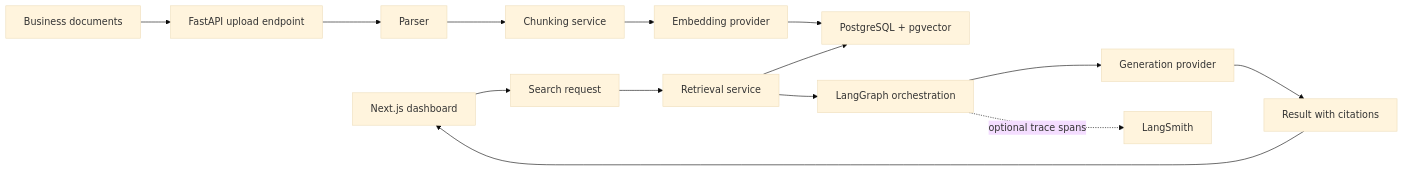
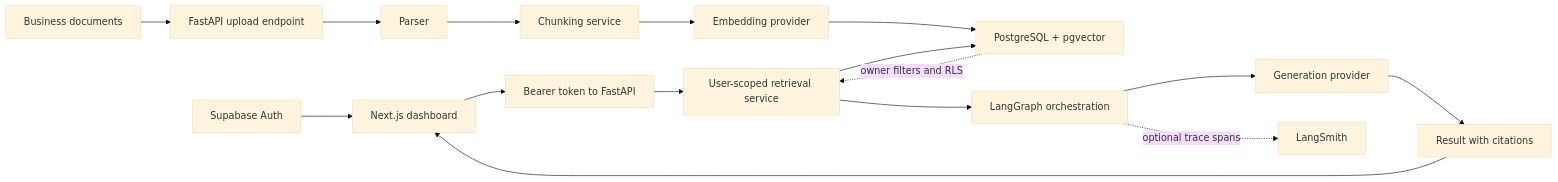
Before and after one commit to Aravind-blip/knowledge-hub: the diagram in README.md, drawn with Mermaid (base theme). The commit also changed other lines of this file and 36 other files, not shown here.

Commit message:
Add multi-user auth and user-scoped data isolation

````diff
--- a/README.md
+++ b/README.md
@@ -9,16 +9,18 @@
 ```mermaid
 flowchart LR
-    A["Business documents"] --> B["FastAPI upload endpoint"]
+    A["Supabase Auth"] --> G["Next.js dashboard"]
+    G --> H["Bearer token to FastAPI"]
+    I["Business documents"] --> B["FastAPI upload endpoint"]
     B --> C["Parser"]
     C --> D["Chunking service"]
     D --> E["Embedding provider"]
     E --> F["PostgreSQL + pgvector"]
-    G["Next.js dashboard"] --> H["Search request"]
-    H --> I["Retrieval service"]
-    I --> F
-    I --> J["LangGraph orchestration"]
-    J --> K["Generation provider"]
-    K --> L["Result with citations"]
-    L --> G
-    J -. optional trace spans .-> M["LangSmith"]
+    H --> J["User-scoped retrieval service"]
+    J --> F
+    J --> K["LangGraph orchestration"]
+    K --> L["Generation provider"]
+    L --> M["Result with citations"]
+    M --> G
+    F -. owner filters and RLS .-> J
+    K -. optional trace spans .-> N["LangSmith"]
 ```
````
